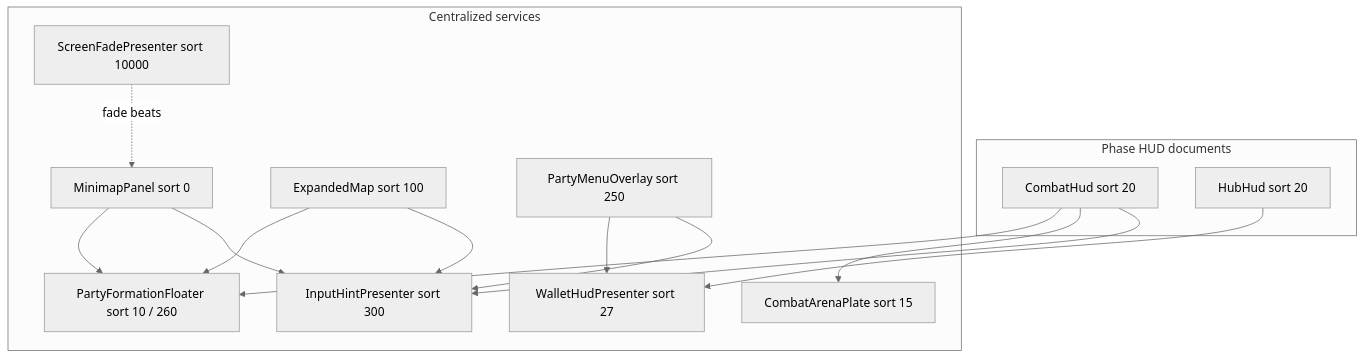
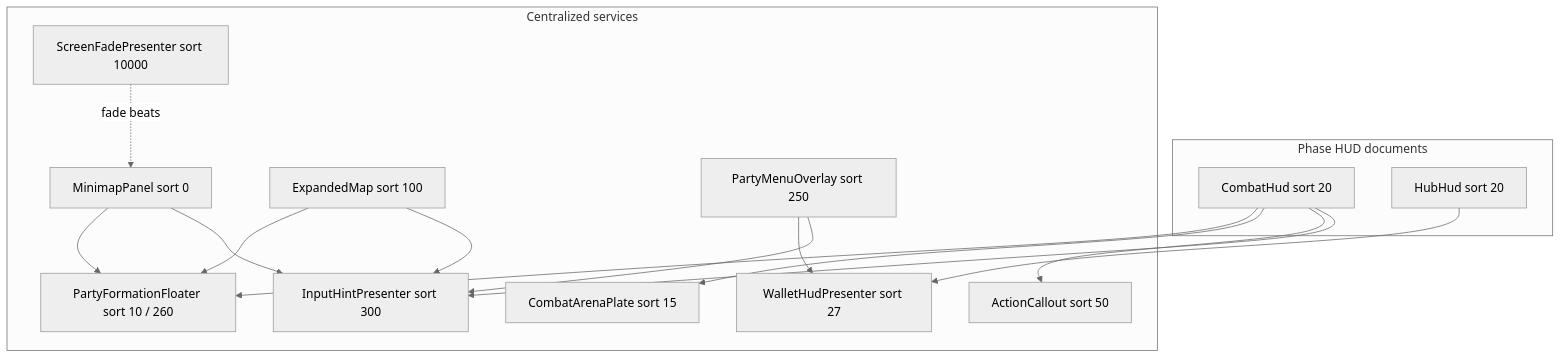
The first of 2 diagrams in docs/04-dev/centralized-ui-services.md (miramocha/griddungeon-design-docs), drawn with Mermaid (neutral theme) before and after one commit. The commit also changed other lines of this file and 2 other files, not shown here.

First line of the commit message:
Document ActionCallout centralized UI service and combat wiring.

````diff
--- a/docs/04-dev/centralized-ui-services.md
+++ b/docs/04-dev/centralized-ui-services.md
@@ -29,30 +29,32 @@
 ```mermaid
 flowchart TB
   subgraph phase [Phase HUD documents]
     CH[CombatHud sort 20]
     HH[HubHud sort 20]
   end
 
   subgraph shared [Centralized services]
     MM[MinimapPanel sort 0]
     EXP[ExpandedMap sort 100]
     PF[PartyFormationFloater sort 10 / 260]
     CAP[CombatArenaPlate sort 15]
+    AC[ActionCallout sort 50]
     WH[WalletHudPresenter sort 27]
     PM[PartyMenuOverlay sort 250]
     IH[InputHintPresenter sort 300]
     SF[ScreenFadePresenter sort 10000]
   end
 
   MM --> PF
   EXP --> PF
   CH --> PF
   CH --> CAP
+  CH --> AC
   HH --> WH
   PM --> WH
   PM --> IH
   CH --> IH
   MM --> IH
   EXP --> IH
   SF -.->|fade beats| MM
 ```
````
